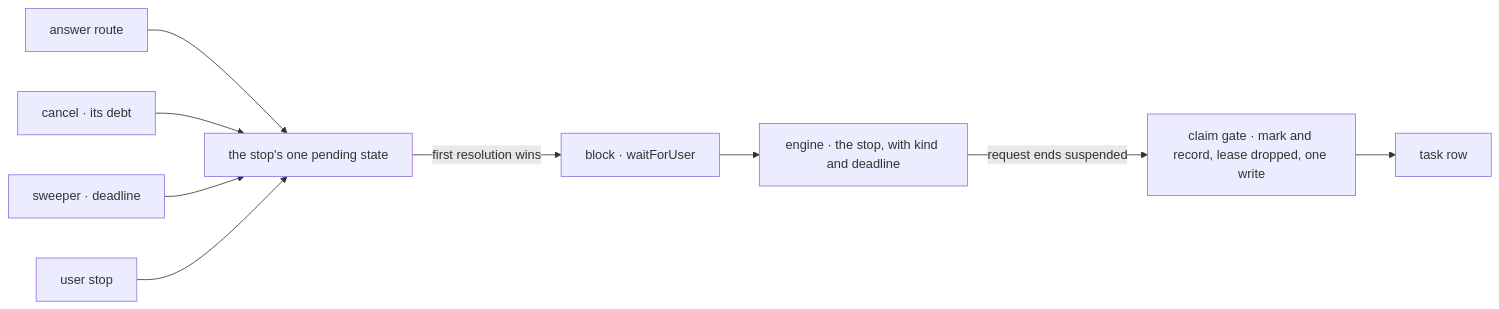
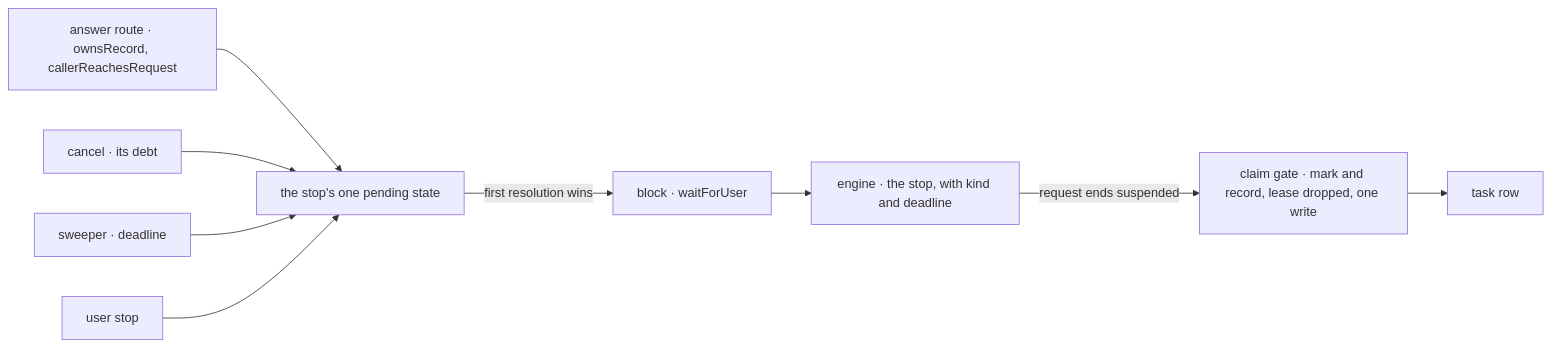
One commit to fixpoint-labs/flow-state-dev changed the second of 2 diagrams in specs/issues/FIX-2129/SPEC.md. Above: the diagram before and after it, drawn with Mermaid. The commit also changed other lines of this file and 4 other files, not shown here.

First line of the commit message:
spec(FIX-2129): to the epic amendment — no question kind; answer route runs the resume path's ownership checks; a cancelled task refuses new filings

````diff
--- a/specs/issues/FIX-2129/SPEC.md
+++ b/specs/issues/FIX-2129/SPEC.md
@@ -92,11 +96,11 @@
 ```mermaid
 flowchart LR
   B["block · waitForUser"] --> G["engine · the stop, with kind and deadline"]
   G -->|"request ends suspended"| T["claim gate · mark and record, lease dropped, one write"]
   T --> R["task row"]
-  A["answer route"] --> X["the stop's one pending state"]
+  A["answer route · ownsRecord, callerReachesRequest"] --> X["the stop's one pending state"]
   K["cancel · its debt"] --> X
   D["sweeper · deadline"] --> X
   U["user stop"] --> X
   X -->|"first resolution wins"| B
 ```
````
